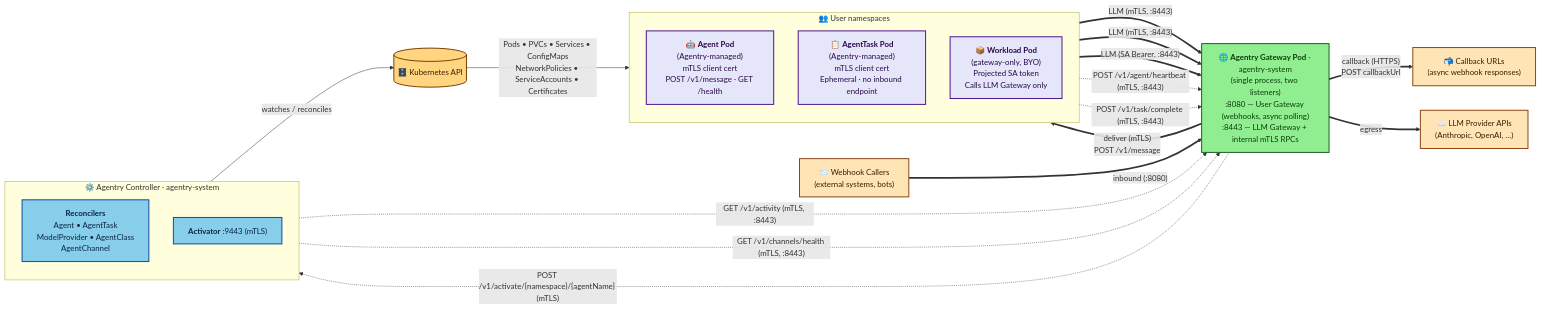
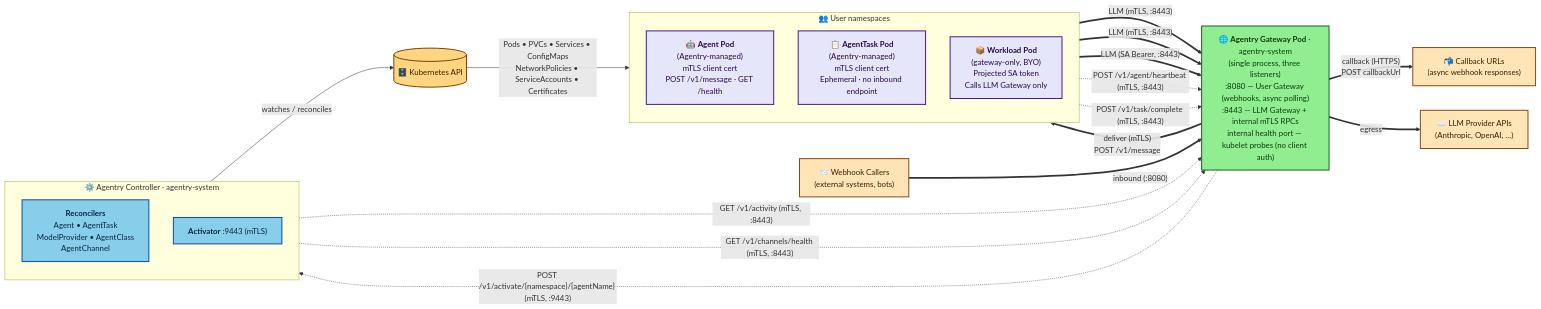
The diagram in docs/ARCHITECTURE.md (win07xp/kaalm), drawn with Mermaid before and after one commit. The commit also changed other lines of this file, not shown here.

Commit message:
Close four design-review findings in ARCHITECTURE.md

````diff
--- a/docs/ARCHITECTURE.md
+++ b/docs/ARCHITECTURE.md
@@ -42,60 +40,60 @@
 ```mermaid
 flowchart LR
     %% ── Inbound external ─────────────────────────────────
     webhooks["📨 Webhook Callers<br/>(external systems, bots)"]
 
     %% ── Agentry Gateway (agentry-system) ─────────────────
-    gw["🌐 <b>Agentry Gateway Pod</b> · agentry-system<br/>(single process, two listeners)<br/>:8080 — User Gateway (webhooks, async polling)<br/>:8443 — LLM Gateway + internal mTLS RPCs"]
+    gw["🌐 <b>Agentry Gateway Pod</b> · agentry-system<br/>(single process, three listeners)<br/>:8080 — User Gateway (webhooks, async polling)<br/>:8443 — LLM Gateway + internal mTLS RPCs<br/>internal health port — kubelet probes (no client auth)"]
 
     %% ── User namespaces (agent + workload pods) ──────────
     subgraph users["👥 User namespaces"]
         direction TB
         agentC["🤖 <b>Agent Pod</b><br/>(Agentry-managed)<br/>mTLS client cert<br/>POST /v1/message · GET /health"]
         agentTaskC["📋 <b>AgentTask Pod</b><br/>(Agentry-managed)<br/>mTLS client cert<br/>Ephemeral · no inbound endpoint"]
         workloadC["📦 <b>Workload Pod</b><br/>(gateway-only, BYO)<br/>Projected SA token<br/>Calls LLM Gateway only"]
     end
 
     %% ── Outbound external ────────────────────────────────
     providers["☁️ LLM Provider APIs<br/>(Anthropic, OpenAI, …)"]
     callbacks["📬 Callback URLs<br/>(async webhook responses)"]
 
     %% ── Controller + apiserver (control plane) ───────────
     subgraph ctrl["⚙️ Agentry Controller · agentry-system"]
         direction TB
         recs["<b>Reconcilers</b><br/>Agent • AgentTask<br/>ModelProvider • AgentClass<br/>AgentChannel"]
         activator["<b>Activator</b> :9443 (mTLS)"]
     end
     apiserver[("🗄️ Kubernetes API")]
 
     %% ── Data plane (thick) ───────────────────────────────
     webhooks == "inbound (:8080)" ==> gw
     gw == "deliver (mTLS)<br/>POST /v1/message" ==> agentC
     gw == "callback (HTTPS)<br/>POST callbackUrl" ==> callbacks
     agentC & agentTaskC == "LLM (mTLS, :8443)" ==> gw
     workloadC == "LLM (SA Bearer, :8443)" ==> gw
     gw == "egress" ==> providers
 
     %% ── Lifecycle (thin) ─────────────────────────────────
     ctrl -- "watches / reconciles" --> apiserver
     apiserver -- "Pods • PVCs • Services • ConfigMaps<br/>NetworkPolicies • ServiceAccounts • Certificates" --> users
 
     %% ── Internal mTLS RPCs (dashed) ──────────────────────
-    gw -. "POST /v1/activate/{namespace}/{agentName} (mTLS)" .-> activator
+    gw -. "POST /v1/activate/{namespace}/{agentName} (mTLS, :9443)" .-> activator
     ctrl -. "GET /v1/activity (mTLS, :8443)" .-> gw
     ctrl -. "GET /v1/channels/health (mTLS, :8443)" .-> gw
     agentC -. "POST /v1/agent/heartbeat (mTLS, :8443)" .-> gw
     agentTaskC -. "POST /v1/task/complete (mTLS, :8443)" .-> gw
 
     %% ── Styling (high contrast) ──────────────────────────
     classDef extNode fill:#FFE4B5,stroke:#8B4513,stroke-width:2px,color:#3a1f00
     classDef gwNode  fill:#90EE90,stroke:#1B5E20,stroke-width:2px,color:#0b3d0b
     classDef ctlNode fill:#87CEEB,stroke:#0D47A1,stroke-width:2px,color:#0a2540
     classDef podNode fill:#E6E6FA,stroke:#4A148C,stroke-width:2px,color:#2a0a4a
     classDef k8sNode fill:#FFD580,stroke:#7a3f00,stroke-width:2px,color:#3a1f00
 
     class webhooks,providers,callbacks extNode
     class gw gwNode
     class recs,activator ctlNode
     class agentC,agentTaskC,workloadC podNode
     class apiserver k8sNode
 ```
````
